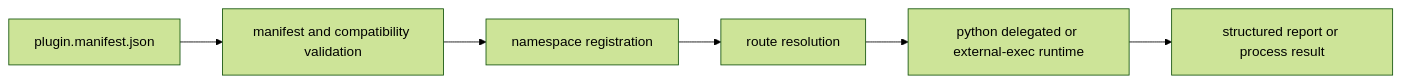
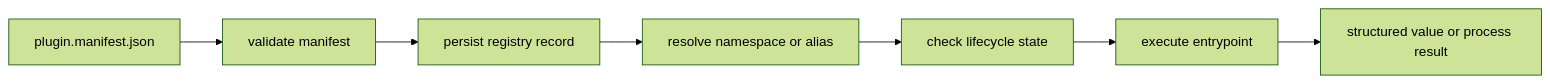
Before and after one commit to bijux/bijux-cli: the diagram in docs/bijux-cli/architecture/extensibility-model.md, drawn with Mermaid (forest theme). The commit also changed other lines of this file, not shown here.

Commit message:
docs(cli): define extension lifecycle authority

````diff
--- a/docs/bijux-cli/architecture/extensibility-model.md
+++ b/docs/bijux-cli/architecture/extensibility-model.md
@@ -18,8 +22,9 @@
 ```mermaid
 flowchart LR
-    manifest["plugin.manifest.json"] --> validate["manifest and compatibility validation"]
-    validate --> register["namespace registration"]
-    register --> route["route resolution"]
-    route --> execute["python delegated or external-exec runtime"]
-    execute --> report["structured report or process result"]
+    manifest["plugin.manifest.json"] --> validation["validate manifest"]
+    validation --> registry["persist registry record"]
+    registry --> routing["resolve namespace or alias"]
+    routing --> state["check lifecycle state"]
+    state --> runtime["execute entrypoint"]
+    runtime --> result["structured value or process result"]
 ```
````
